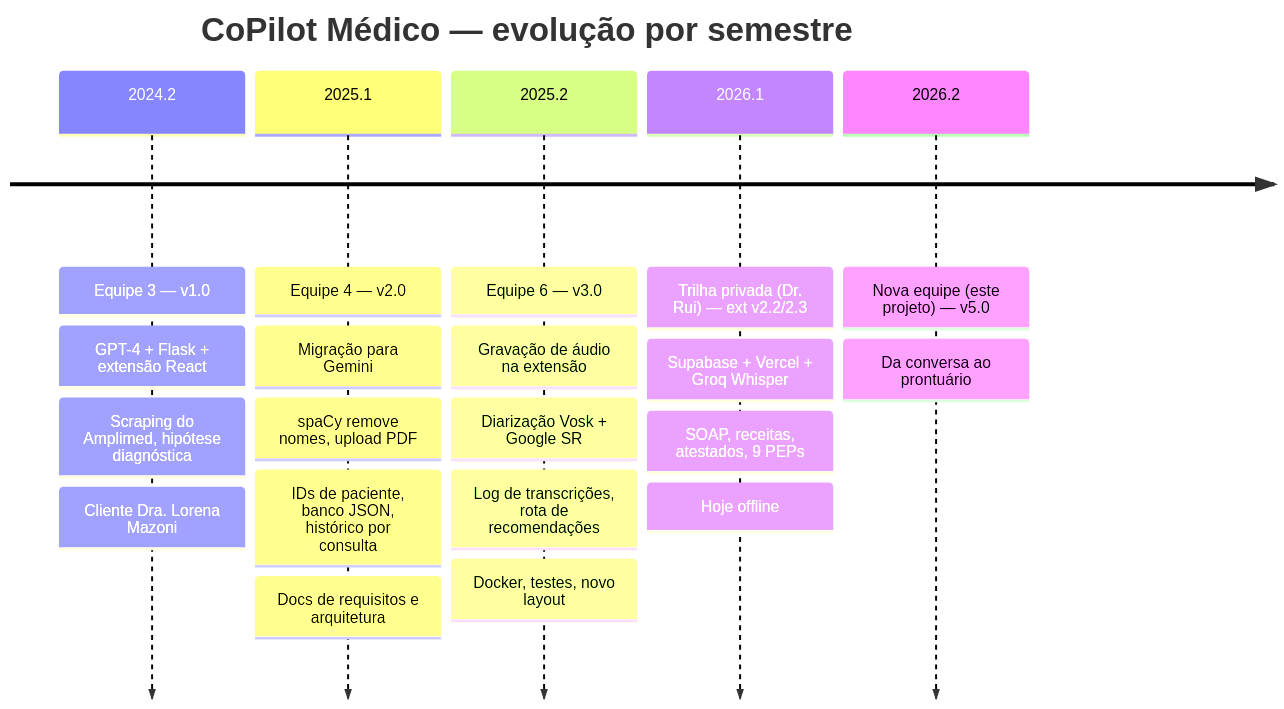
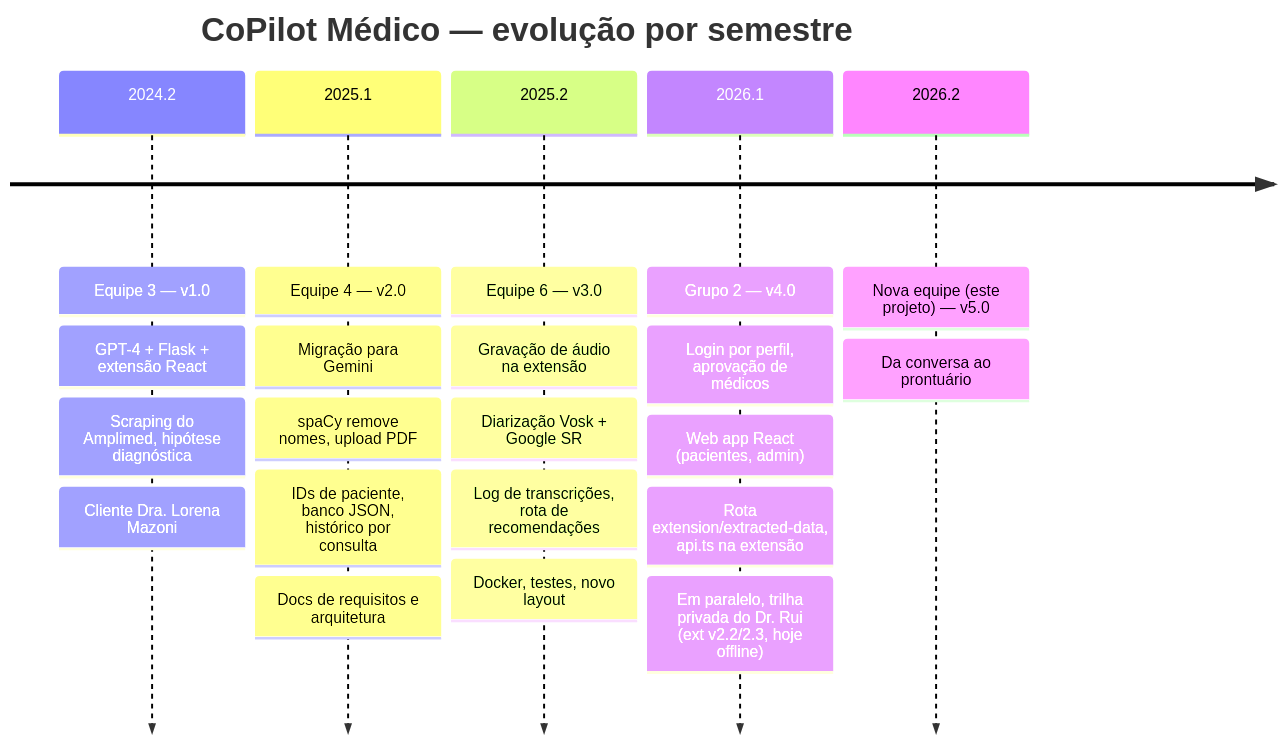
Before and after one commit to gghenrique/base-copilotmedico: the diagram in docs/01-historico-quatro-ciclos.md, drawn with Mermaid. The commit also changed other lines of this file and 9 other files, not shown here.

````diff
--- a/docs/01-historico-quatro-ciclos.md
+++ b/docs/01-historico-quatro-ciclos.md
@@ -7,24 +7,25 @@
 ```mermaid
 timeline
     title CoPilot Médico — evolução por semestre
     2024.2 : Equipe 3 — v1.0
            : GPT-4 + Flask + extensão React
            : Scraping do Amplimed, hipótese diagnóstica
            : Cliente Dra. Lorena Mazoni
     2025.1 : Equipe 4 — v2.0
            : Migração para Gemini
            : spaCy remove nomes, upload PDF
            : IDs de paciente, banco JSON, histórico por consulta
            : Docs de requisitos e arquitetura
     2025.2 : Equipe 6 — v3.0
            : Gravação de áudio na extensão
            : Diarização Vosk + Google SR
            : Log de transcrições, rota de recomendações
            : Docker, testes, novo layout
-    2026.1 : Trilha privada (Dr. Rui) — ext v2.2/2.3
-           : Supabase + Vercel + Groq Whisper
-           : SOAP, receitas, atestados, 9 PEPs
-           : Hoje offline
+    2026.1 : Grupo 2 — v4.0
+           : Login por perfil, aprovação de médicos
+           : Web app React (pacientes, admin)
+           : Rota extension/extracted-data, api.ts na extensão
+           : Em paralelo, trilha privada do Dr. Rui (ext v2.2/2.3, hoje offline)
     2026.2 : Nova equipe (este projeto) — v5.0
            : Da conversa ao prontuário
 ```
````
